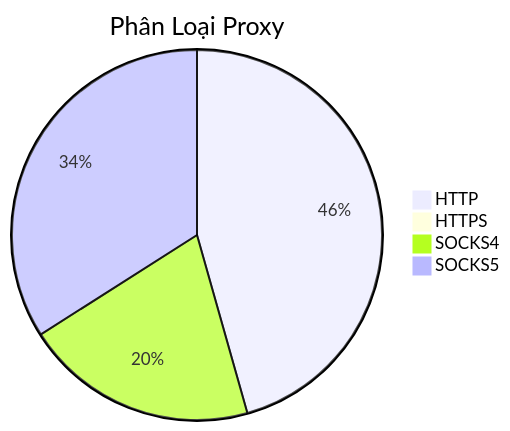
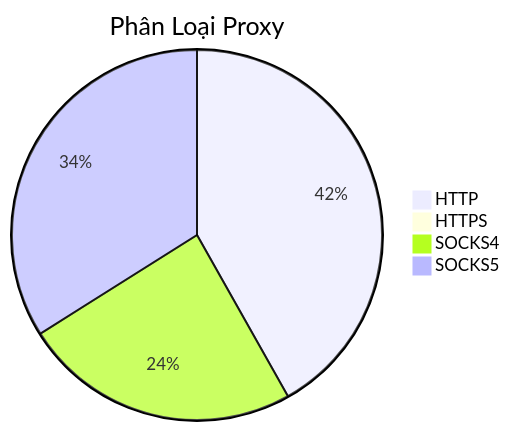
The diagram in README.md (Ciara-12/PROXY-free), drawn with Mermaid before and after one commit. The commit also changed other lines of this file and 3 other files, not shown here.

````diff
--- a/README.md
+++ b/README.md
@@ -26,7 +26,7 @@
 ```mermaid
 pie title Phân Loại Proxy
-    "HTTP" : 421
+    "HTTP" : 435
     "HTTPS" : 0
-    "SOCKS4" : 188
-    "SOCKS5" : 314
+    "SOCKS4" : 252
+    "SOCKS5" : 353
 ```
````
